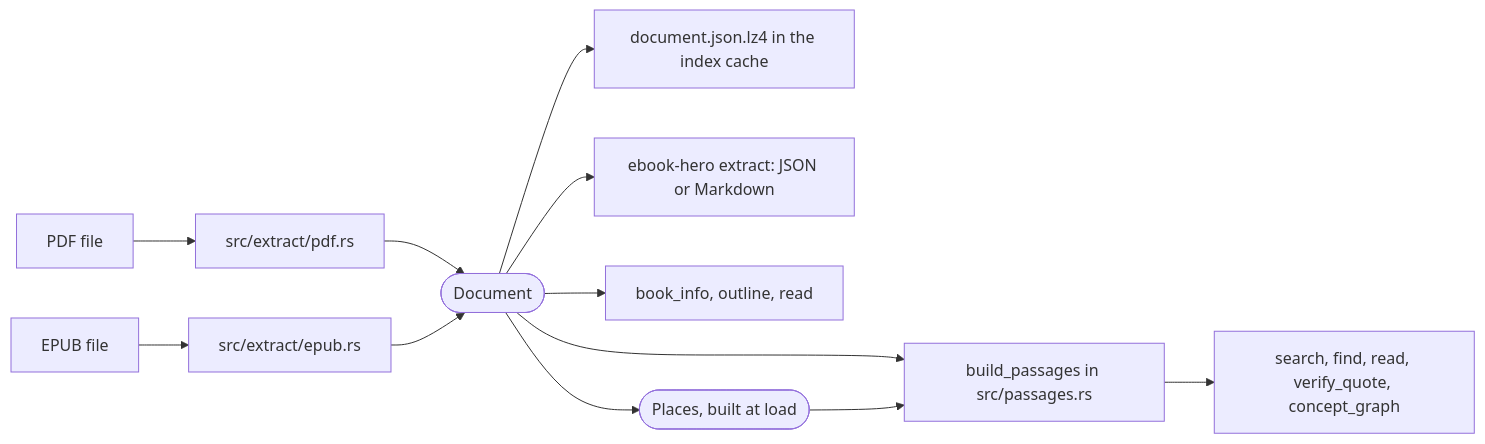
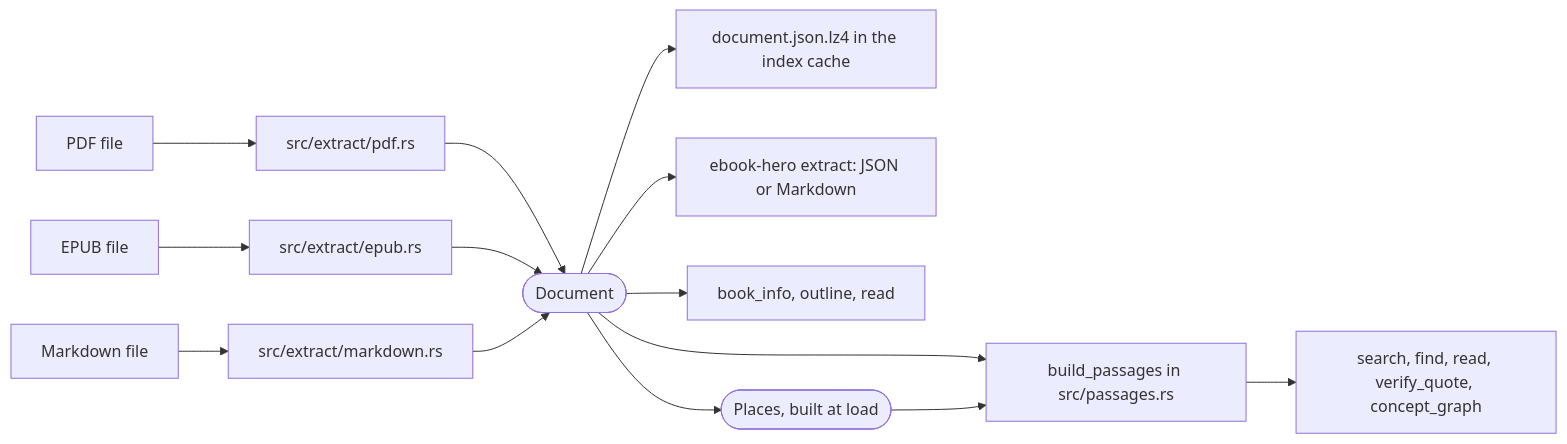
The first of 2 diagrams in docs/document-model.md (AhmedKishki/ebook-hero), drawn with Mermaid before and after one commit. The commit also changed other lines of this file and 21 other files, not shown here.

````diff
--- a/docs/document-model.md
+++ b/docs/document-model.md
@@ -9,14 +9,16 @@
 ```mermaid
 flowchart LR
     pdf["PDF file"] --> pdfr["src/extract/pdf.rs"]
     epub["EPUB file"] --> epubr["src/extract/epub.rs"]
+    md["Markdown file"] --> mdr["src/extract/markdown.rs"]
     pdfr --> doc(["Document"])
     epubr --> doc
+    mdr --> doc
     doc --> cache["document.json.lz4 in the index cache"]
     doc --> extract["ebook-hero extract: JSON or Markdown"]
     doc --> direct["book_info, outline, read"]
     doc --> places(["Places, built at load"])
     doc --> passages["build_passages in src/passages.rs"]
     places --> passages
     passages --> tools["search, find, read, verify_quote, concept_graph"]
 ```
````
